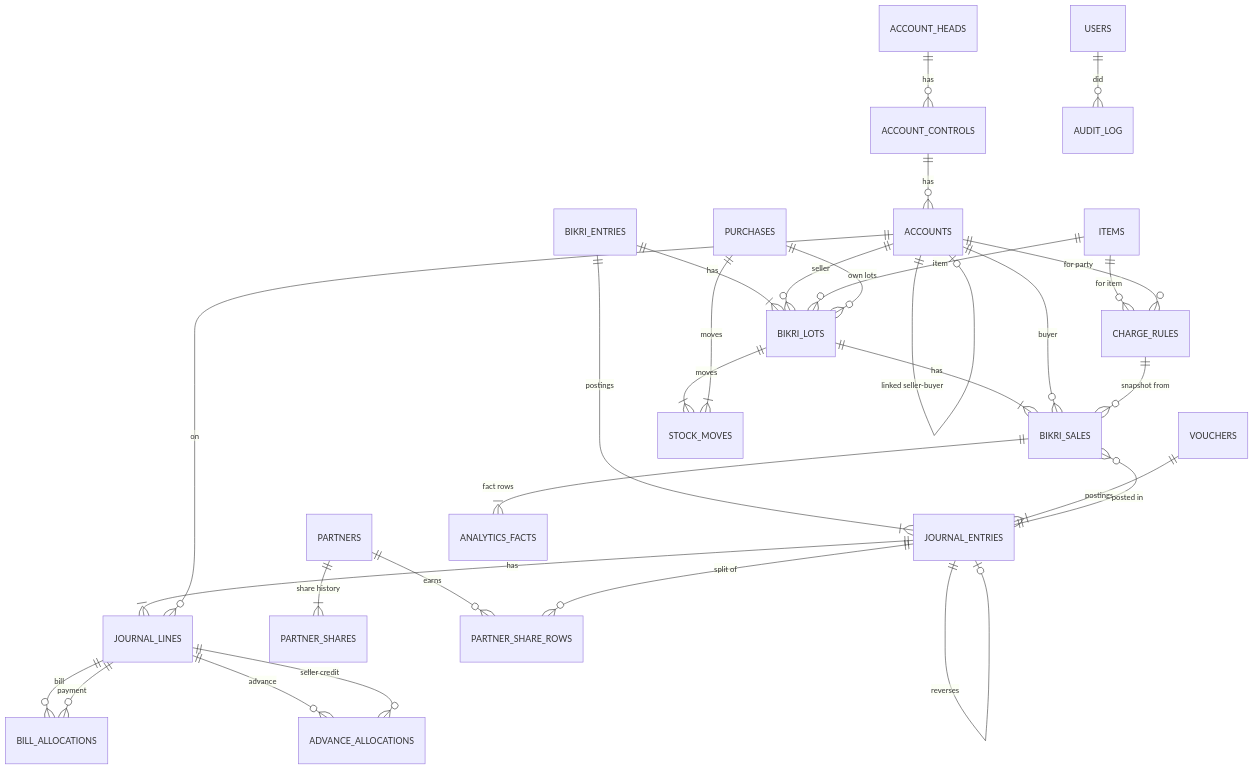
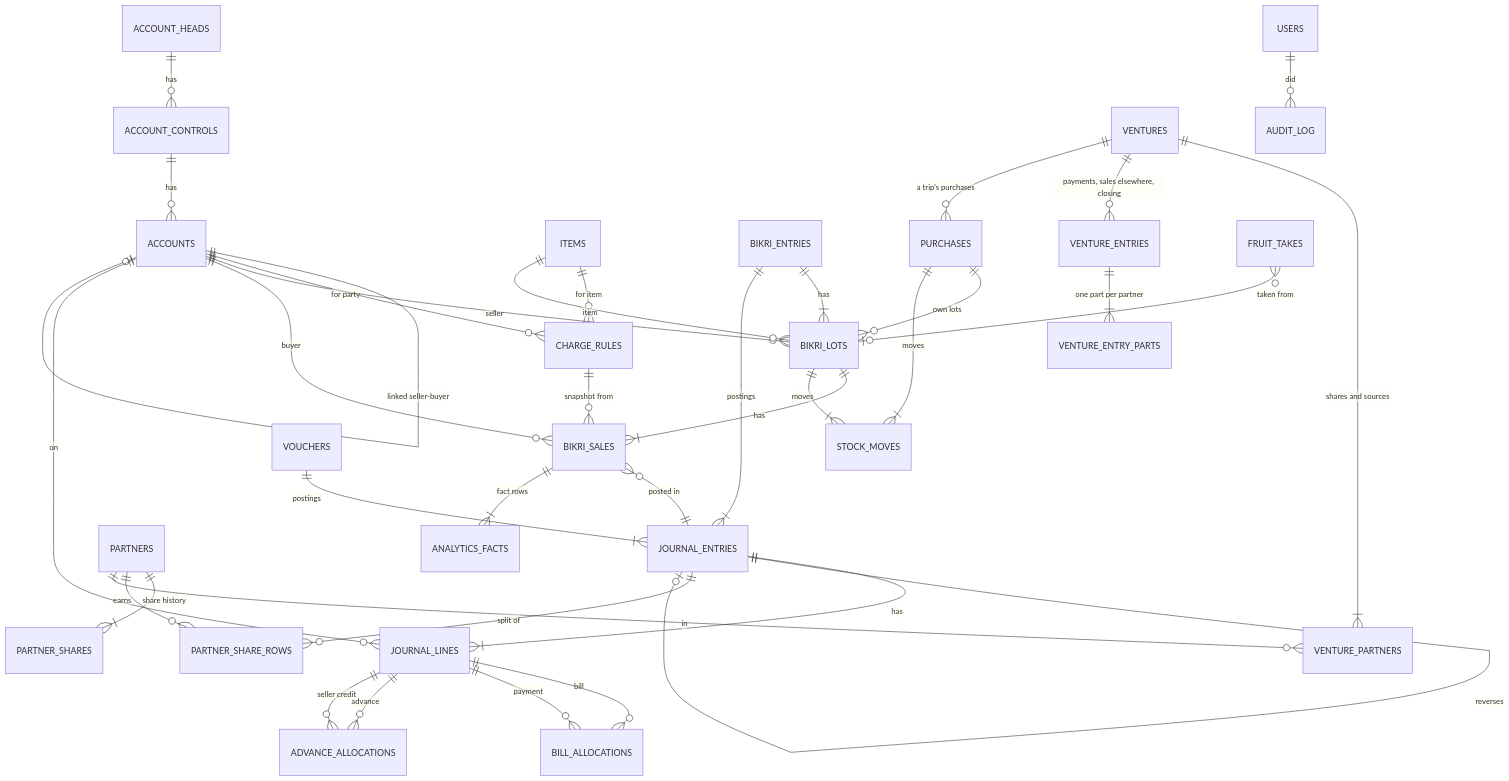
One commit to FaisalHanif12/Fruits-Mandi-Software changed diagram 20 of 26 in .claude/rules/Architecture_v1.md. Above: the diagram before and after it, drawn with Mermaid. The commit also changed other lines of this file and 17 other files, not shown here.

````diff
--- a/.claude/rules/Architecture_v1.md
+++ b/.claude/rules/Architecture_v1.md
@@ -621,37 +635,43 @@
 ```mermaid
 erDiagram
     ACCOUNT_HEADS ||--o{ ACCOUNT_CONTROLS : has
     ACCOUNT_CONTROLS ||--o{ ACCOUNTS : has
     ACCOUNTS ||--o| ACCOUNTS : "linked seller-buyer"
     ITEMS ||--o{ CHARGE_RULES : "for item"
     ACCOUNTS ||--o{ CHARGE_RULES : "for party"
 
     BIKRI_ENTRIES ||--|{ BIKRI_LOTS : has
     BIKRI_LOTS ||--|{ BIKRI_SALES : has
     ACCOUNTS ||--o{ BIKRI_LOTS : seller
     ACCOUNTS ||--o{ BIKRI_SALES : buyer
     ITEMS ||--o{ BIKRI_LOTS : item
     CHARGE_RULES ||--o{ BIKRI_SALES : "snapshot from"
 
     JOURNAL_ENTRIES ||--|{ JOURNAL_LINES : has
     JOURNAL_ENTRIES ||--o| JOURNAL_ENTRIES : "reverses"
     BIKRI_ENTRIES ||--|{ JOURNAL_ENTRIES : "postings"
     VOUCHERS ||--|{ JOURNAL_ENTRIES : "postings"
     BIKRI_SALES }o--|| JOURNAL_ENTRIES : "posted in"
     ACCOUNTS ||--o{ JOURNAL_LINES : on
 
     JOURNAL_LINES ||--o{ BILL_ALLOCATIONS : "bill"
     JOURNAL_LINES ||--o{ BILL_ALLOCATIONS : "payment"
     JOURNAL_LINES ||--o{ ADVANCE_ALLOCATIONS : "advance"
     JOURNAL_LINES ||--o{ ADVANCE_ALLOCATIONS : "seller credit"
 
     PARTNERS ||--|{ PARTNER_SHARES : "share history"
     PARTNERS ||--o{ PARTNER_SHARE_ROWS : earns
     JOURNAL_ENTRIES ||--o{ PARTNER_SHARE_ROWS : "split of"
 
     BIKRI_SALES ||--|{ ANALYTICS_FACTS : "fact rows"
     BIKRI_LOTS ||--|{ STOCK_MOVES : moves
     PURCHASES ||--o{ BIKRI_LOTS : "own lots"
     PURCHASES ||--|{ STOCK_MOVES : moves
+    VENTURES ||--|{ VENTURE_PARTNERS : "shares and sources"
+    VENTURES ||--o{ VENTURE_ENTRIES : "payments, sales elsewhere, closing"
+    VENTURE_ENTRIES ||--|{ VENTURE_ENTRY_PARTS : "one part per partner"
+    VENTURES ||--o{ PURCHASES : "a trip's purchases"
+    PARTNERS ||--o{ VENTURE_PARTNERS : in
+    FRUIT_TAKES }o--o| BIKRI_LOTS : "taken from"
     USERS ||--o{ AUDIT_LOG : did
 ```
````
